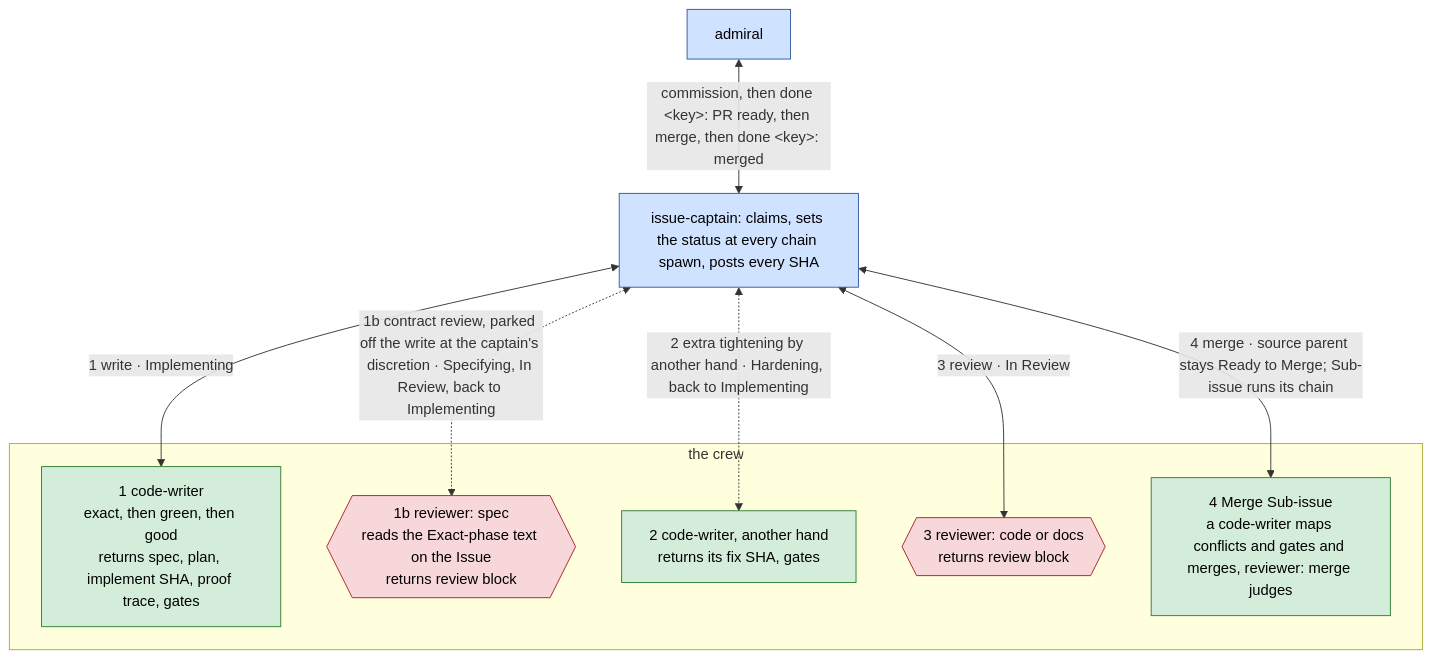
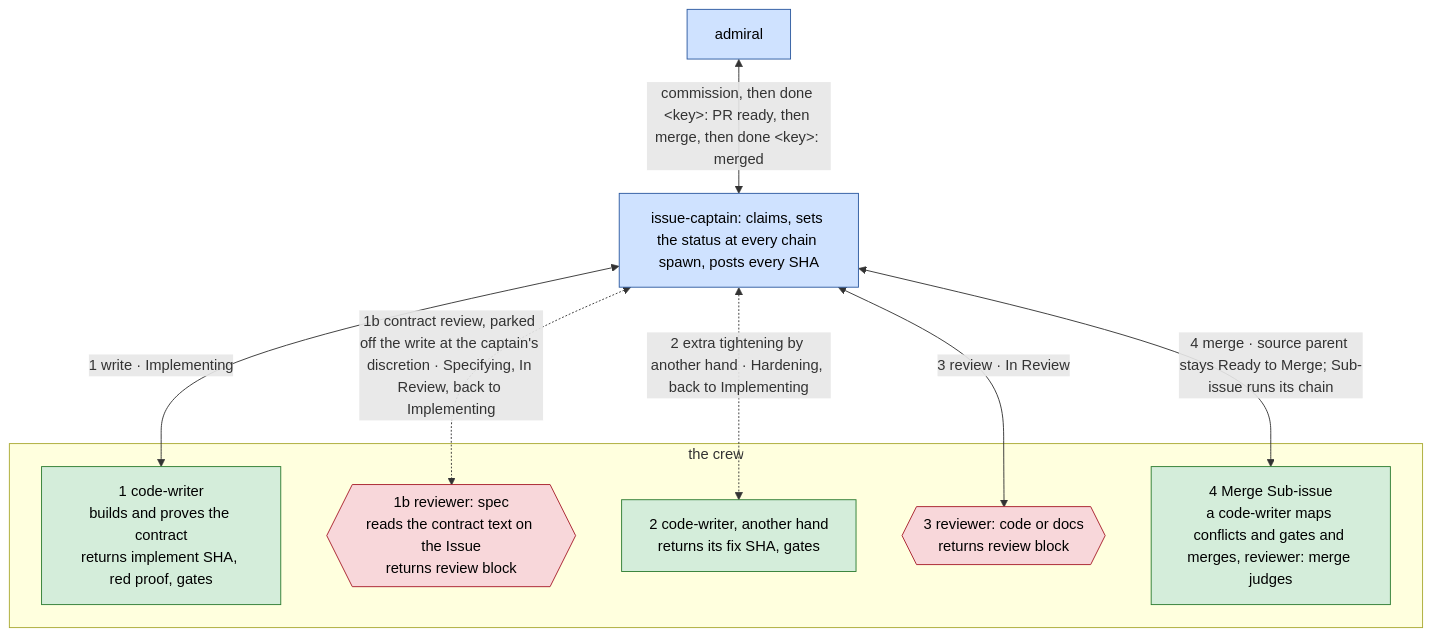
One commit to bodnarbalazs/dydo changed the second of 12 diagrams in dydo/understand/control-flow.md. Above: the diagram before and after it, drawn with Mermaid. The commit also changed other lines of this file and 21 other files, not shown here.

First line of the commit message:
DYD-230 implement: rewrite code-writer to TDD by Type with checkable red and no refactor phase

````diff
--- a/dydo/understand/control-flow.md
+++ b/dydo/understand/control-flow.md
@@ -140,20 +140,20 @@
 ```mermaid
 flowchart TD
   classDef officer fill:#cfe2ff,stroke:#2c5aa0,color:#000
   classDef crew fill:#d4edda,stroke:#2e7d32,color:#000
   classDef reviewer fill:#f8d7da,stroke:#a71d2a,color:#000
 
   AD[admiral]:::officer <-->|"commission, then done &lt;key&gt;: PR ready, then merge, then done &lt;key&gt;: merged"| IC[issue-captain: claims, sets the status at every chain spawn, posts every SHA]:::officer
   IC <-->|"1 write · Implementing"| CW
   IC <-.->|"1b contract review, parked off the write at the captain's discretion · Specifying, In Review, back to Implementing"| RS
   IC <-.->|"2 extra tightening by another hand · Hardening, back to Implementing"| HD
   IC <-->|"3 review · In Review"| RC
   IC <-->|"4 merge · source parent stays Ready to Merge; Sub-issue runs its chain"| MG
   subgraph CREW [the crew]
-    CW[1 code-writer<br>exact, then green, then good<br>returns spec, plan, implement SHA, proof trace, gates]:::crew
-    RS{{1b reviewer: spec<br>reads the Exact-phase text on the Issue<br>returns review block}}:::reviewer
+    CW[1 code-writer<br>builds and proves the contract<br>returns implement SHA, red proof, gates]:::crew
+    RS{{1b reviewer: spec<br>reads the contract text on the Issue<br>returns review block}}:::reviewer
     HD[2 code-writer, another hand<br>returns its fix SHA, gates]:::crew
     RC{{3 reviewer: code or docs<br>returns review block}}:::reviewer
     MG[4 Merge Sub-issue<br>a code-writer maps conflicts and gates and merges, reviewer: merge judges]:::crew
   end
 ```
````
